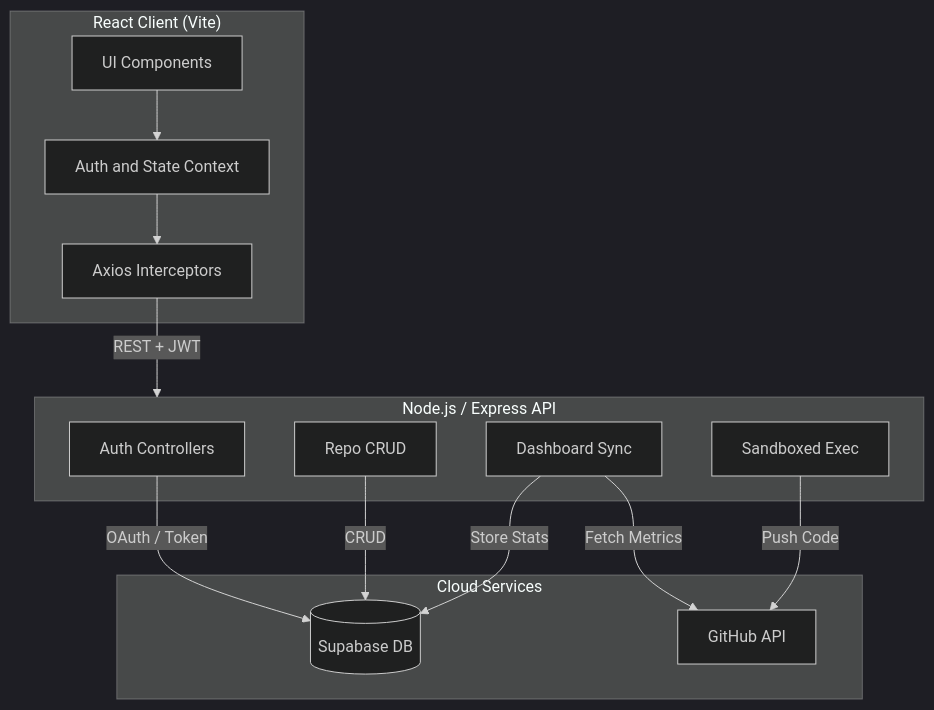
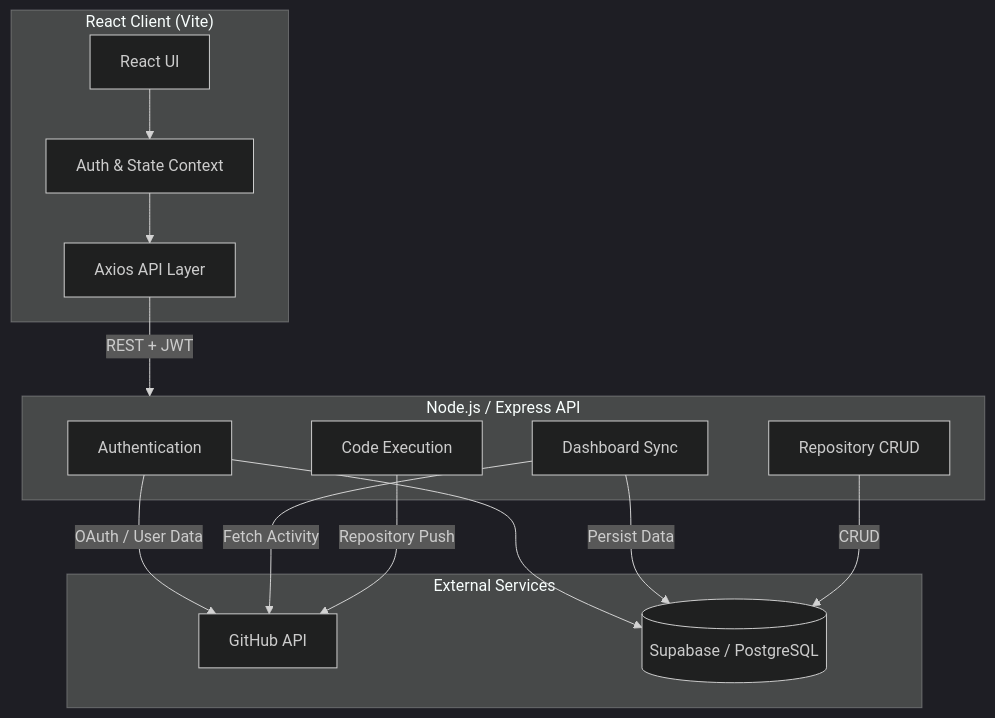
Before and after one commit to sachinkumar-git/Open-Source-Tracker: the diagram in README.md, drawn with Mermaid (dark theme). The commit also changed other lines of this file, not shown here.

````diff
--- a/README.md
+++ b/README.md
@@ -42,29 +44,34 @@
 ```mermaid
 graph TD
+
     subgraph Frontend["React Client (Vite)"]
-        UI["UI Components"]
-        Context["Auth and State Context"]
-        API_Layer["Axios Interceptors"]
+        UI["React UI"]
+        Context["Auth & State Context"]
+        API["Axios API Layer"]
     end
 
     subgraph Backend["Node.js / Express API"]
-        AuthRoute["Auth Controllers"]
-        DashRoute["Dashboard Sync"]
-        RepoRoute["Repo CRUD"]
-        CompilerRoute["Sandboxed Exec"]
+        Auth["Authentication"]
+        Dashboard["Dashboard Sync"]
+        Repositories["Repository CRUD"]
+        Compiler["Code Execution"]
     end
 
-    subgraph External["Cloud Services"]
-        Supabase[("Supabase DB")]
+    subgraph External["External Services"]
         GitHub["GitHub API"]
+        Database[("Supabase / PostgreSQL")]
     end
 
     UI --> Context
-    Context --> API_Layer
-    API_Layer -- "REST + JWT" --> Backend
-    AuthRoute -- "OAuth / Token" --> Supabase
-    RepoRoute -- "CRUD" --> Supabase
-    DashRoute -- "Fetch Metrics" --> GitHub
-    DashRoute -- "Store Stats" --> Supabase
-    CompilerRoute -- "Push Code" --> GitHub
+    Context --> API
+    API -->|"REST + JWT"| Backend
+
+    Auth -->|"OAuth / User Data"| GitHub
+    Auth --> Database
+
+    Dashboard -->|"Fetch Activity"| GitHub
+    Dashboard -->|"Persist Data"| Database
+
+    Repositories -->|"CRUD"| Database
+    Compiler -->|"Repository Push"| GitHub
 ```
````
